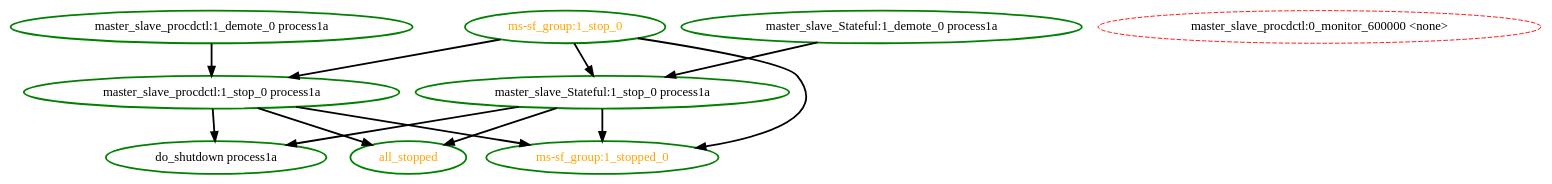
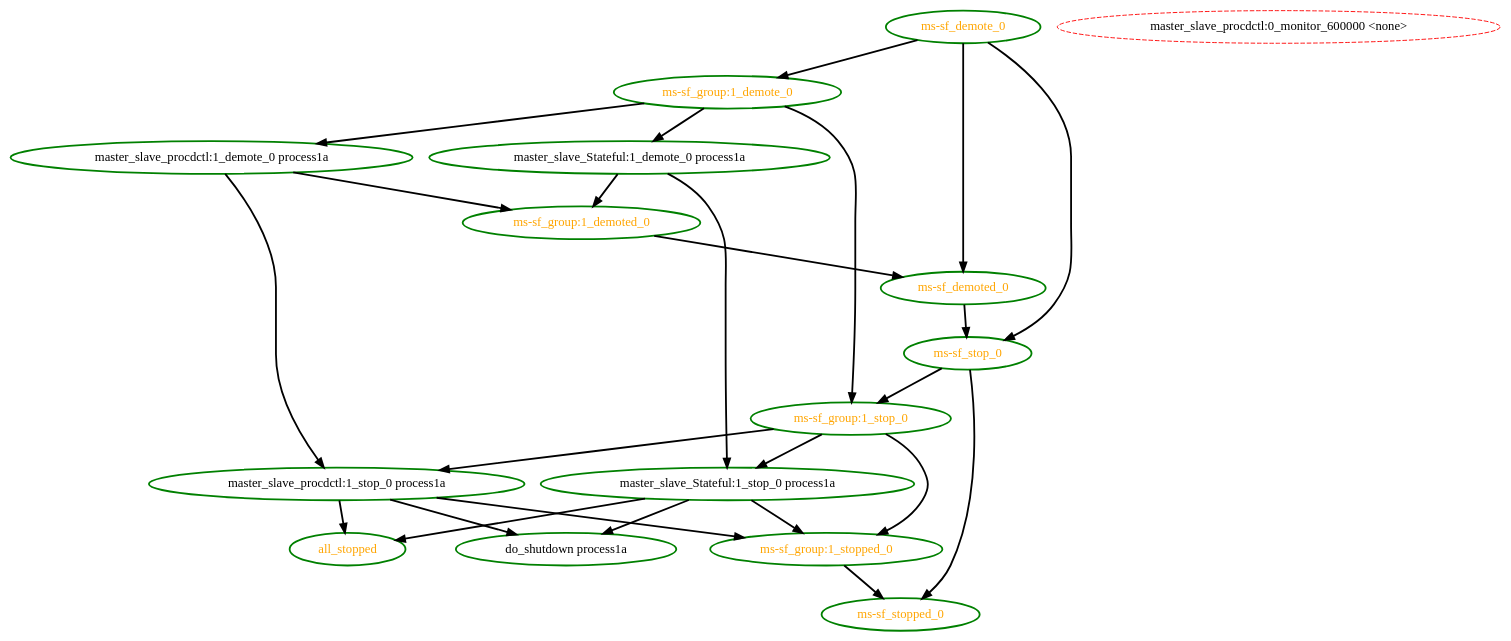
Before and after one commit to linux-ha-japan/pm_diskd: the diagram in pengine/testcases/bug-1822.dot, drawn with Graphviz. The commit also changed 27 other files, not shown here.

```diff
--- a/pengine/testcases/bug-1822.dot
+++ b/pengine/testcases/bug-1822.dot
@@ -1,22 +1,41 @@
 digraph "g" {
 "all_stopped" [ style=bold color="green" fontcolor="orange"  ]
 "do_shutdown process1a" [ style=bold color="green" fontcolor="black"  ]
 "master_slave_Stateful:1_demote_0 process1a" -> "master_slave_Stateful:1_stop_0 process1a" [ style = bold]
+"master_slave_Stateful:1_demote_0 process1a" -> "ms-sf_group:1_demoted_0" [ style = bold]
 "master_slave_Stateful:1_demote_0 process1a" [ style=bold color="green" fontcolor="black"  ]
 "master_slave_Stateful:1_stop_0 process1a" -> "all_stopped" [ style = bold]
 "master_slave_Stateful:1_stop_0 process1a" -> "do_shutdown process1a" [ style = bold]
 "master_slave_Stateful:1_stop_0 process1a" -> "ms-sf_group:1_stopped_0" [ style = bold]
 "master_slave_Stateful:1_stop_0 process1a" [ style=bold color="green" fontcolor="black"  ]
 "master_slave_procdctl:0_monitor_600000 <none>" [ style=dashed color="red" fontcolor="black"  ]
 "master_slave_procdctl:1_demote_0 process1a" -> "master_slave_procdctl:1_stop_0 process1a" [ style = bold]
+"master_slave_procdctl:1_demote_0 process1a" -> "ms-sf_group:1_demoted_0" [ style = bold]
 "master_slave_procdctl:1_demote_0 process1a" [ style=bold color="green" fontcolor="black"  ]
 "master_slave_procdctl:1_stop_0 process1a" -> "all_stopped" [ style = bold]
 "master_slave_procdctl:1_stop_0 process1a" -> "do_shutdown process1a" [ style = bold]
 "master_slave_procdctl:1_stop_0 process1a" -> "ms-sf_group:1_stopped_0" [ style = bold]
 "master_slave_procdctl:1_stop_0 process1a" [ style=bold color="green" fontcolor="black"  ]
+"ms-sf_demote_0" -> "ms-sf_demoted_0" [ style = bold]
+"ms-sf_demote_0" -> "ms-sf_group:1_demote_0" [ style = bold]
+"ms-sf_demote_0" -> "ms-sf_stop_0" [ style = bold]
+"ms-sf_demote_0" [ style=bold color="green" fontcolor="orange"  ]
+"ms-sf_demoted_0" -> "ms-sf_stop_0" [ style = bold]
+"ms-sf_demoted_0" [ style=bold color="green" fontcolor="orange"  ]
+"ms-sf_group:1_demote_0" -> "master_slave_Stateful:1_demote_0 process1a" [ style = bold]
+"ms-sf_group:1_demote_0" -> "master_slave_procdctl:1_demote_0 process1a" [ style = bold]
+"ms-sf_group:1_demote_0" -> "ms-sf_group:1_stop_0" [ style = bold]
+"ms-sf_group:1_demote_0" [ style=bold color="green" fontcolor="orange"  ]
+"ms-sf_group:1_demoted_0" -> "ms-sf_demoted_0" [ style = bold]
+"ms-sf_group:1_demoted_0" [ style=bold color="green" fontcolor="orange"  ]
 "ms-sf_group:1_stop_0" -> "master_slave_Stateful:1_stop_0 process1a" [ style = bold]
 "ms-sf_group:1_stop_0" -> "master_slave_procdctl:1_stop_0 process1a" [ style = bold]
 "ms-sf_group:1_stop_0" -> "ms-sf_group:1_stopped_0" [ style = bold]
 "ms-sf_group:1_stop_0" [ style=bold color="green" fontcolor="orange"  ]
+"ms-sf_group:1_stopped_0" -> "ms-sf_stopped_0" [ style = bold]
 "ms-sf_group:1_stopped_0" [ style=bold color="green" fontcolor="orange"  ]
+"ms-sf_stop_0" -> "ms-sf_group:1_stop_0" [ style = bold]
+"ms-sf_stop_0" -> "ms-sf_stopped_0" [ style = bold]
+"ms-sf_stop_0" [ style=bold color="green" fontcolor="orange"  ]
+"ms-sf_stopped_0" [ style=bold color="green" fontcolor="orange"  ]
 }
```
